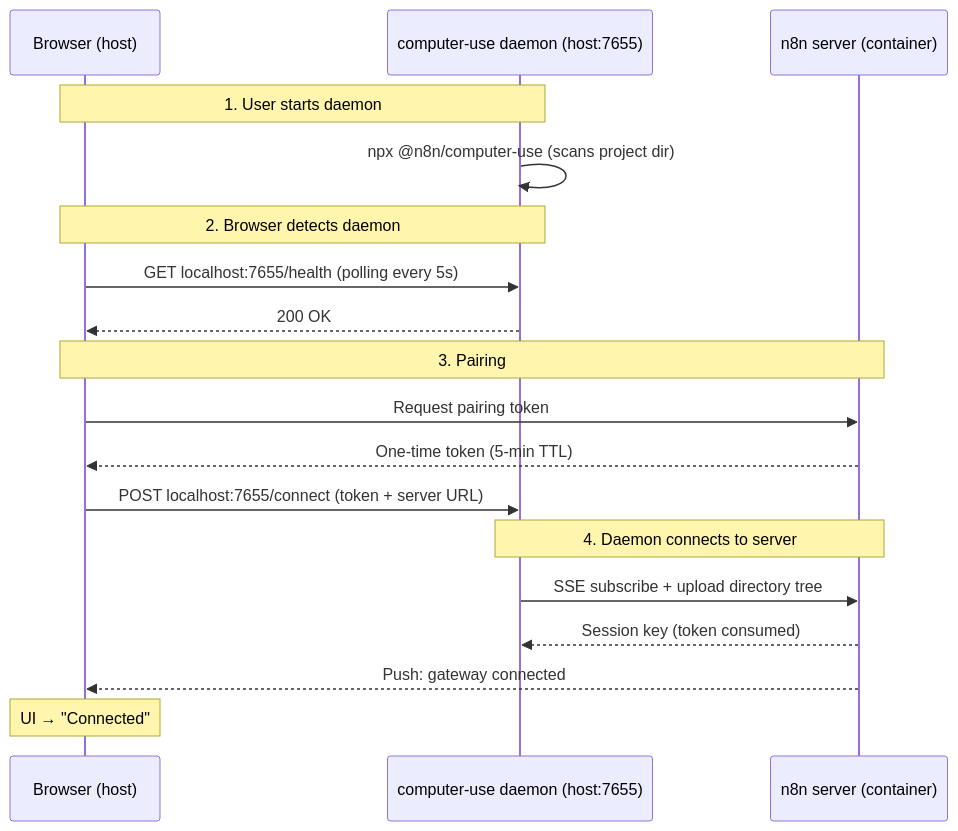
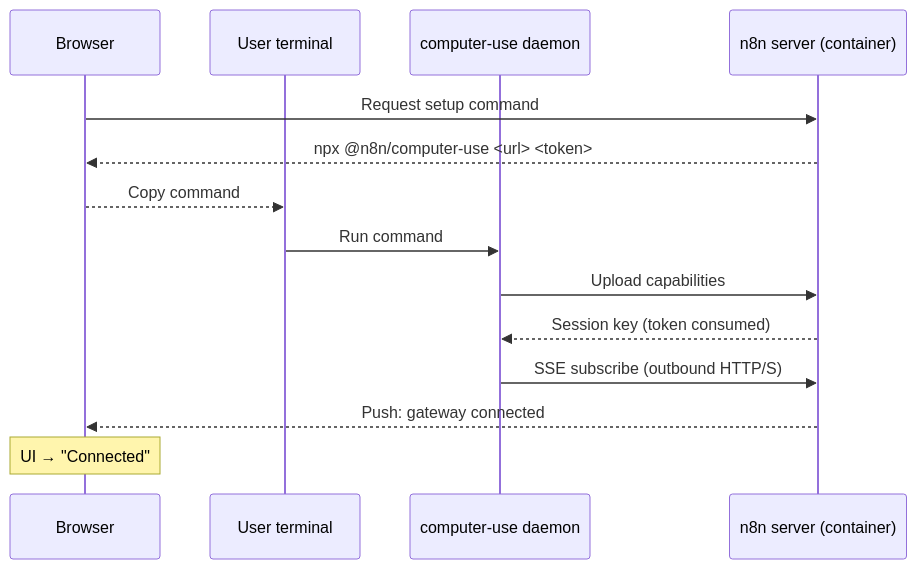
One commit to mayankjain1815-commits/n8n changed the second of 4 diagrams in packages/@n8n/instance-ai/docs/filesystem-access.md. Above: the diagram before and after it, drawn with Mermaid. The commit also changed other lines of this file and 5 other files, not shown here.

````diff
--- a/packages/@n8n/instance-ai/docs/filesystem-access.md
+++ b/packages/@n8n/instance-ai/docs/filesystem-access.md
@@ -131,24 +142,17 @@
 ```mermaid
 sequenceDiagram
-    participant Browser as Browser (host)
-    participant Daemon as computer-use daemon (host:7655)
+    participant Browser as Browser
+    participant Terminal as User terminal
+    participant Daemon as computer-use daemon
     participant Server as n8n server (container)
 
-    Note over Browser,Daemon: 1. User starts daemon
-    Daemon->>Daemon: npx @n8n/computer-use (scans project dir)
-
-    Note over Browser,Daemon: 2. Browser detects daemon
-    Browser->>Daemon: GET localhost:7655/health (polling every 5s)
-    Daemon-->>Browser: 200 OK
-
-    Note over Browser,Server: 3. Pairing
-    Browser->>Server: Request pairing token
-    Server-->>Browser: One-time token (5-min TTL)
-    Browser->>Daemon: POST localhost:7655/connect (token + server URL)
-
-    Note over Daemon,Server: 4. Daemon connects to server
-    Daemon->>Server: SSE subscribe + upload directory tree
+    Browser->>Server: Request setup command
+    Server-->>Browser: npx @n8n/computer-use <url> <token>
+    Browser-->>Terminal: Copy command
+    Terminal->>Daemon: Run command
+    Daemon->>Server: Upload capabilities
     Server-->>Daemon: Session key (token consumed)
+    Daemon->>Server: SSE subscribe (outbound HTTP/S)
     Server-->>Browser: Push: gateway connected
     Note over Browser: UI → "Connected"
 ```
````
